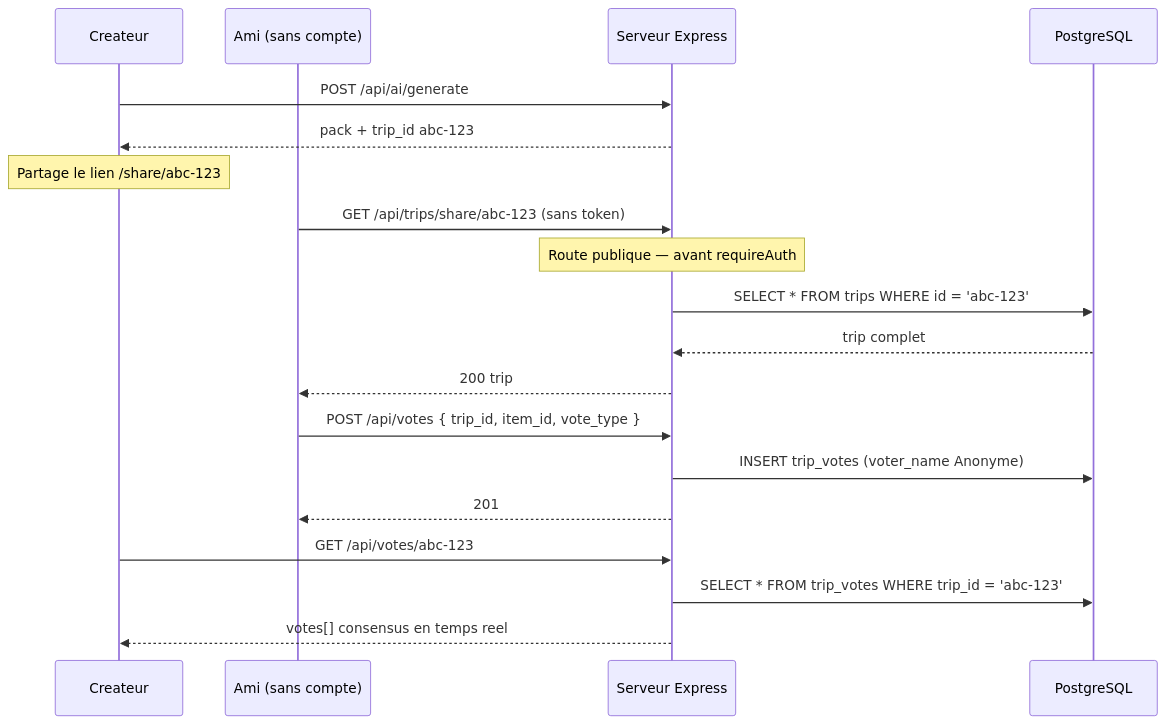
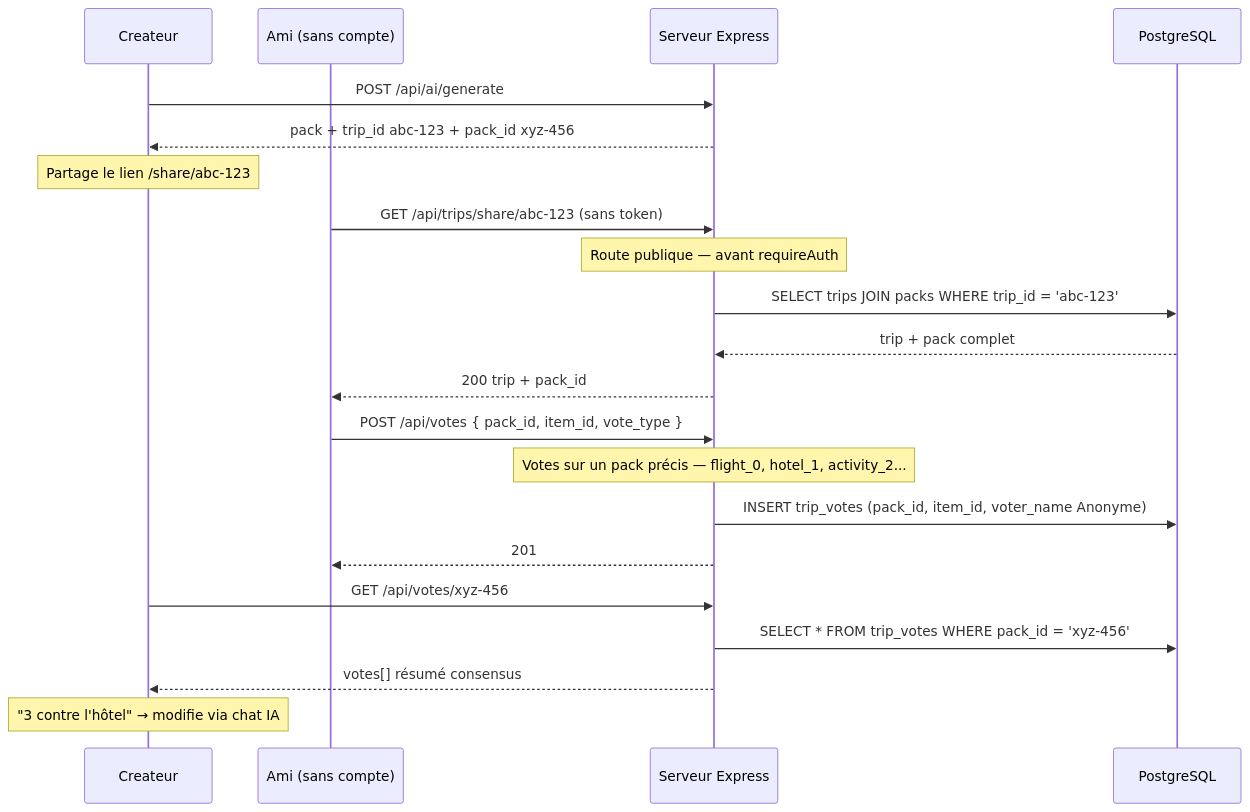
Before and after one commit to loties1533/tripgenie: the fourth of 7 diagrams in docs/DIAGRAMS.md, drawn with Mermaid. The commit also changed other lines of this file and 3 other files, not shown here.

Commit message:
docs: documentation technique (PDF/DOCX), CLAUDE.md et diagrammes

````diff
--- a/docs/DIAGRAMS.md
+++ b/docs/DIAGRAMS.md
@@ -144,25 +187,27 @@
 ```mermaid
 sequenceDiagram
     participant M as Createur
     participant A as Ami (sans compte)
     participant S as Serveur Express
     participant DB as PostgreSQL
 
     M->>S: POST /api/ai/generate
-    S-->>M: pack + trip_id abc-123
+    S-->>M: pack + trip_id abc-123 + pack_id xyz-456
     Note over M: Partage le lien /share/abc-123
 
     A->>S: GET /api/trips/share/abc-123 (sans token)
     Note over S: Route publique — avant requireAuth
-    S->>DB: SELECT * FROM trips WHERE id = 'abc-123'
-    DB-->>S: trip complet
-    S-->>A: 200 trip
+    S->>DB: SELECT trips JOIN packs WHERE trip_id = 'abc-123'
+    DB-->>S: trip + pack complet
+    S-->>A: 200 trip + pack_id
 
-    A->>S: POST /api/votes { trip_id, item_id, vote_type }
-    S->>DB: INSERT trip_votes (voter_name Anonyme)
+    A->>S: POST /api/votes { pack_id, item_id, vote_type }
+    Note over S: Votes sur un pack précis — flight_0, hotel_1, activity_2...
+    S->>DB: INSERT trip_votes (pack_id, item_id, voter_name Anonyme)
     S-->>A: 201
 
-    M->>S: GET /api/votes/abc-123
-    S->>DB: SELECT * FROM trip_votes WHERE trip_id = 'abc-123'
-    S-->>M: votes[] consensus en temps reel
+    M->>S: GET /api/votes/xyz-456
+    S->>DB: SELECT * FROM trip_votes WHERE pack_id = 'xyz-456'
+    S-->>M: votes[] résumé consensus
+    Note over M: "3 contre l'hôtel" → modifie via chat IA
 ```
````
